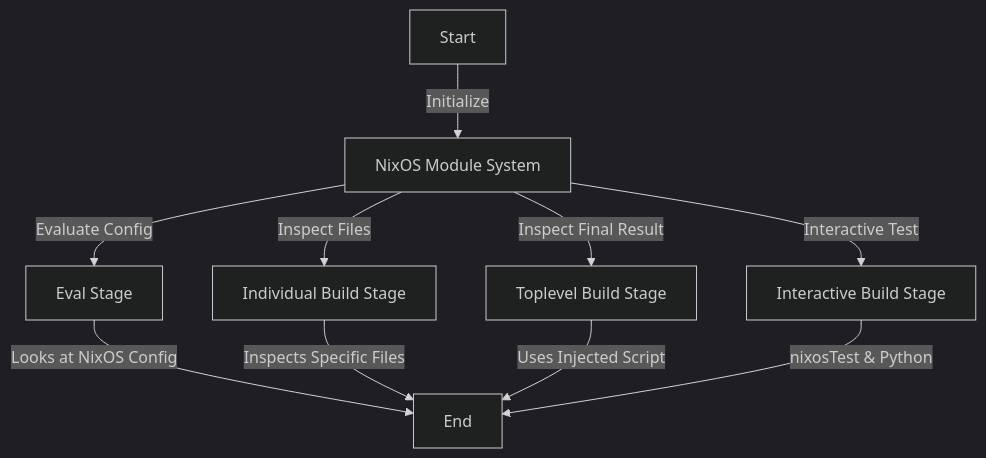
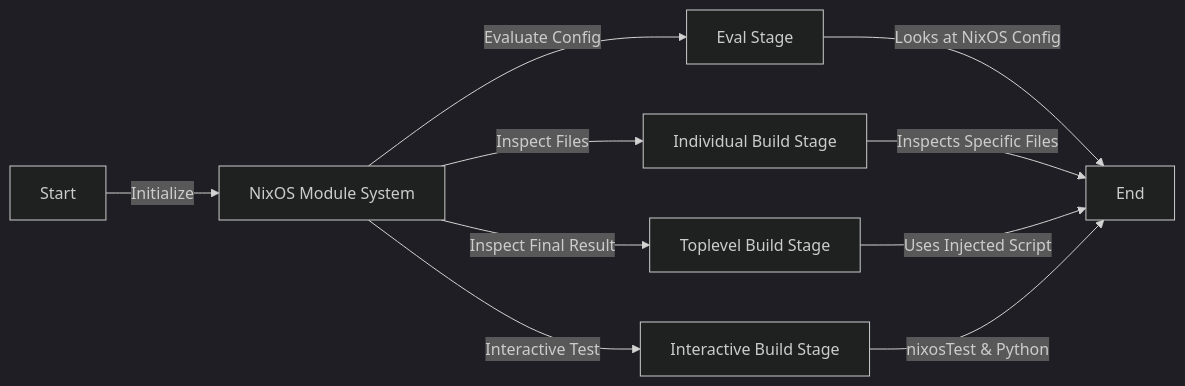
One commit to JeremiahSecrist/regula-nix changed the diagram in docs/src/research.md. Above: the diagram before and after it, drawn with Mermaid (dark theme). The commit also changed other lines of this file, not shown here.

````diff
--- a/docs/src/research.md
+++ b/docs/src/research.md
@@ -30,14 +30,14 @@
 ```mermaid
-flowchart TD
+flowchart LR
     Start[Start] --> |Initialize| NixOS_Module_System[NixOS Module System]
     NixOS_Module_System --> |Evaluate Config| Eval_Stage[Eval Stage]
     NixOS_Module_System --> |Inspect Files| Individual_Build_Stage[Individual Build Stage]
     NixOS_Module_System --> |Inspect Final Result| Toplevel_Build_Stage[Toplevel Build Stage]
     NixOS_Module_System --> |Interactive Test| Interactive_Build_Stage[Interactive Build Stage]
 
     Eval_Stage --> |Looks at NixOS Config| End[End]
     Individual_Build_Stage --> |Inspects Specific Files| End[End]
     Toplevel_Build_Stage --> |Uses Injected Script| End[End]
     Interactive_Build_Stage --> |nixosTest & Python| End[End]
 
 ```
````
